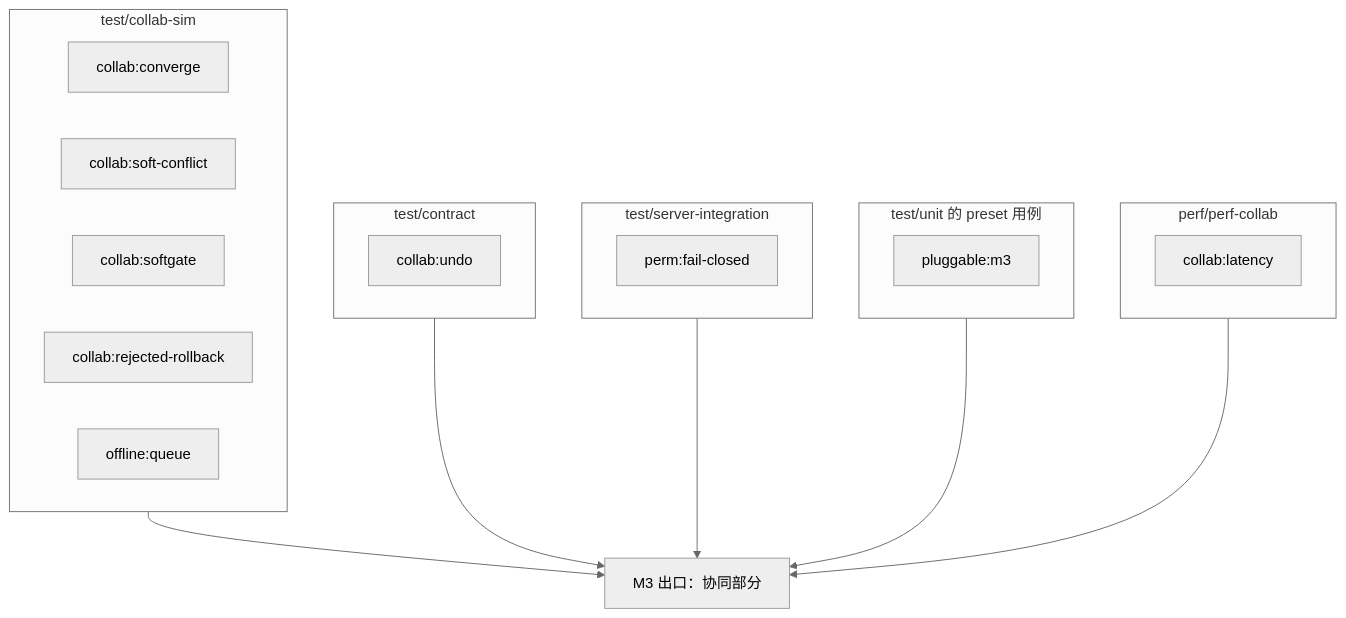
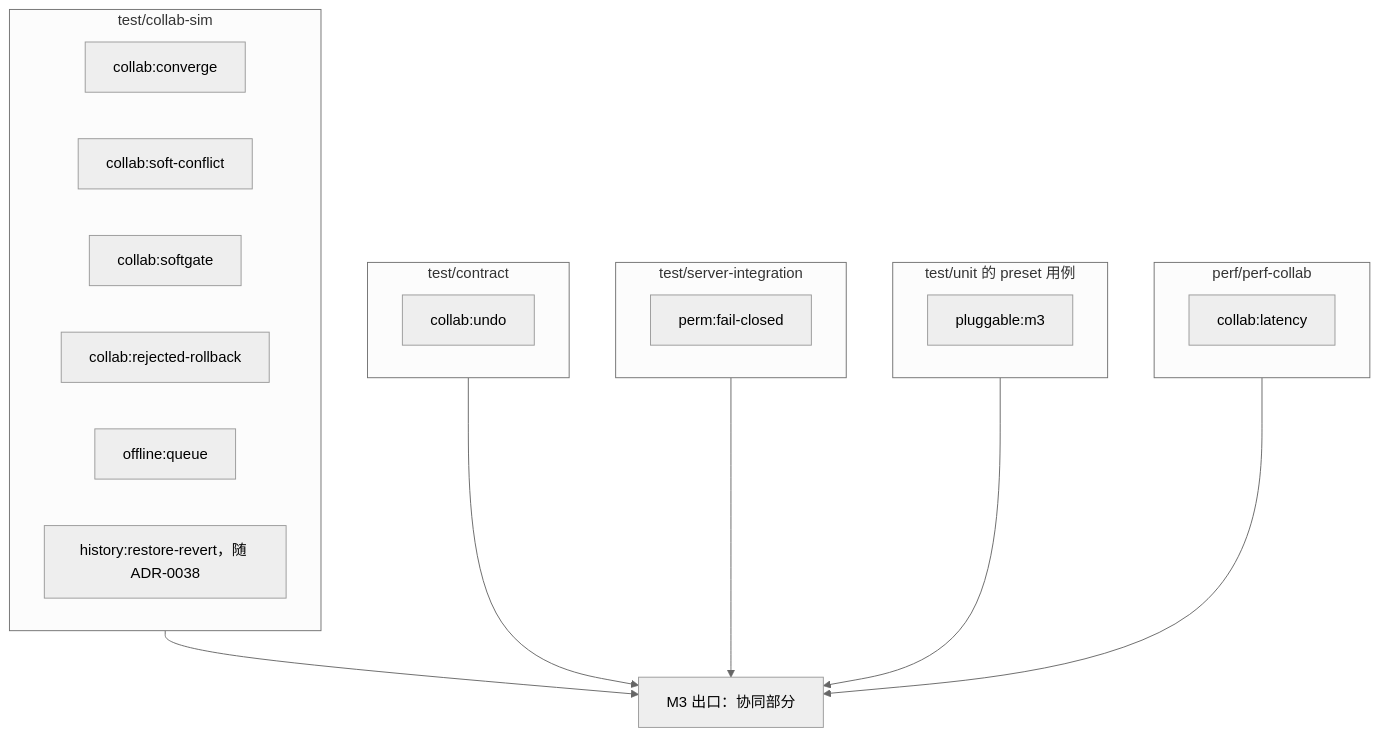
Before and after one commit to Xeonice/cordis-ppt-editor: the fifth of 6 diagrams in docs/70-testing/13-requirements-traceability.md, drawn with Mermaid (neutral theme). The commit also changed other lines of this file and 12 other files, not shown here.

````diff
--- a/docs/70-testing/13-requirements-traceability.md
+++ b/docs/70-testing/13-requirements-traceability.md
@@ -331,28 +333,29 @@
 ```mermaid
 flowchart TB
   subgraph gSim["test/collab-sim"]
     k1["collab:converge"]
     k2["collab:soft-conflict"]
     k12["collab:softgate"]
     k13["collab:rejected-rollback"]
     k5["offline:queue"]
+    k18["history:restore-revert，随 ADR-0038"]
   end
   subgraph gContract["test/contract"]
     k17["collab:undo"]
   end
   subgraph gSrv["test/server-integration"]
     k4["perm:fail-closed"]
   end
   subgraph gLife["test/unit 的 preset 用例"]
     kP["pluggable:m3"]
   end
   subgraph gPerf["perf/perf-collab"]
     k3["collab:latency"]
   end
   exit["M3 出口：协同部分"]
   gSim --> exit
   gContract --> exit
   gSrv --> exit
   gLife --> exit
   gPerf --> exit
 ```
````
